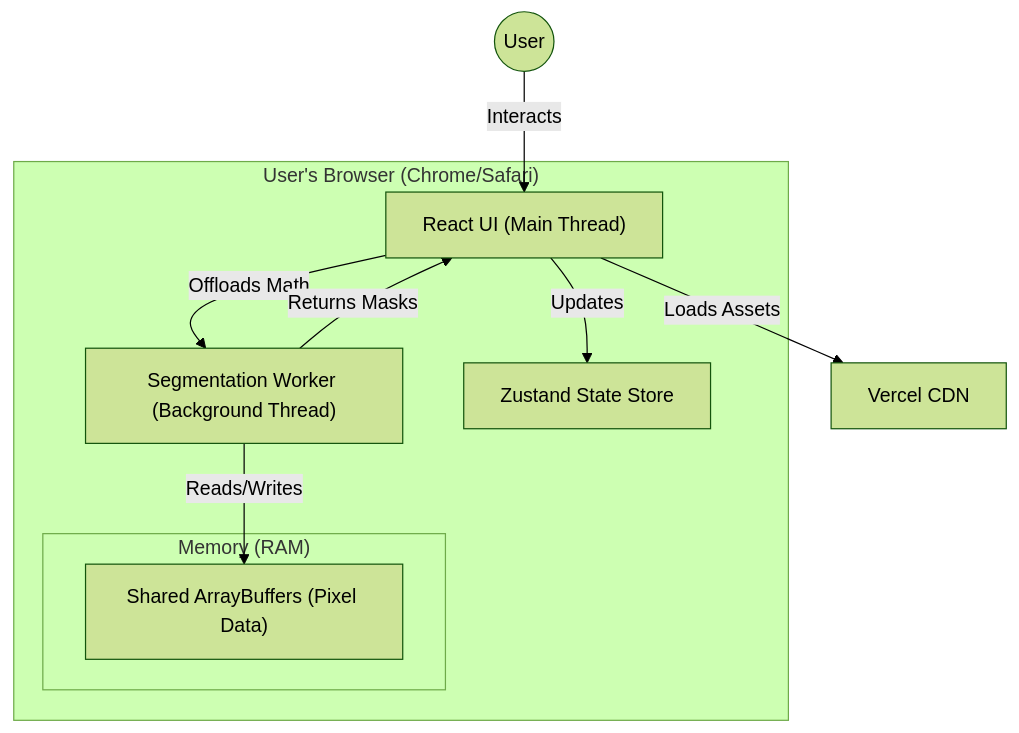
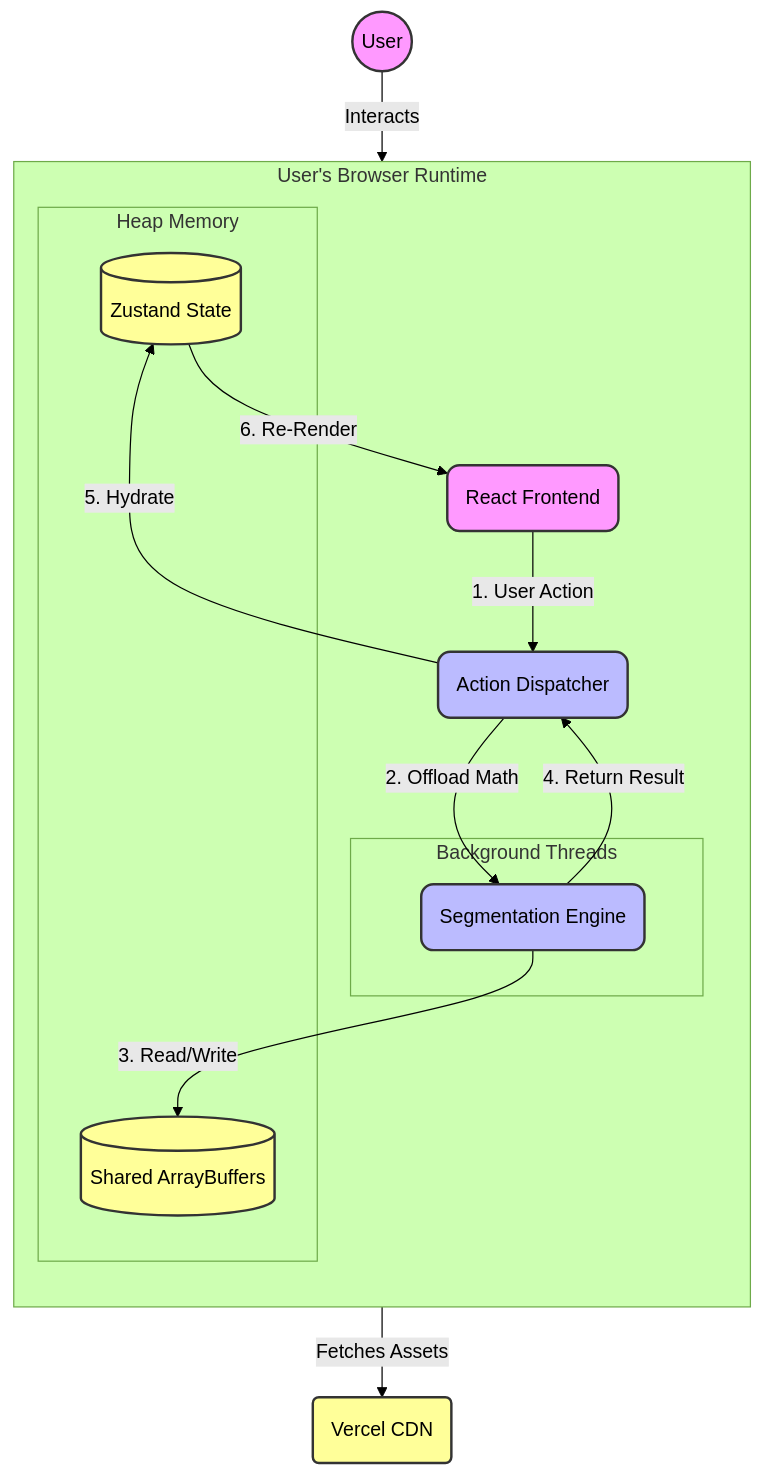
Before and after one commit to AbhinavGontu/ColorCraftInteractive: the first of 6 diagrams in documentation.md, drawn with Mermaid (forest theme). The commit also changed other lines of this file, not shown here.

````diff
--- a/documentation.md
+++ b/documentation.md
@@ -27,23 +25,37 @@
 ```mermaid
 graph TD
-    User((User))
+    %% Styling Definitions
+    classDef interaction fill:#f9f,stroke:#333,stroke-width:2px,rx:10,ry:10;
+    classDef logic fill:#bbf,stroke:#333,stroke-width:2px,rx:10,ry:10;
+    classDef storage fill:#ff9,stroke:#333,stroke-width:2px;
+
+    User((User)):::interaction
     
-    subgraph Browser["User's Browser (Chrome/Safari)"]
-        UI["React UI (Main Thread)"]
-        Worker["Segmentation Worker (Background Thread)"]
-        Store["Zustand State Store"]
+    subgraph Browser_Environment [User's Browser Runtime]
+        direction TB
         
-        subgraph "Memory (RAM)"
-            Buffers["Shared ArrayBuffers (Pixel Data)"]
+        UI(React Frontend):::interaction
+        Dispatcher(Action Dispatcher):::logic
+        
+        subgraph Background_Layer [Background Threads]
+            Worker(Segmentation Engine):::logic
+        end
+        
+        subgraph Memory_Layer [Heap Memory]
+            Store[(Zustand State)]:::storage
+            Binary[(Shared ArrayBuffers)]:::storage
         end
     end
     
-    Cloud["Vercel CDN"]
+    Cloud(Vercel CDN):::storage
     
+    %% Connections
     User -->|Interacts| UI
-    UI -->|Loads Assets| Cloud
-    UI -->|Offloads Math| Worker
-    Worker -->|Reads/Writes| Buffers
-    Worker -->|Returns Masks| UI
-    UI -->|Updates| Store
+    UI -->|Fetches Assets| Cloud
+    UI -->|1. User Action| Dispatcher
+    Dispatcher -->|2. Offload Math| Worker
+    Worker -->|3. Read/Write| Binary
+    Worker -->|4. Return Result| Dispatcher
+    Dispatcher -->|5. Hydrate| Store
+    Store -->|6. Re-Render| UI
 ```
````
